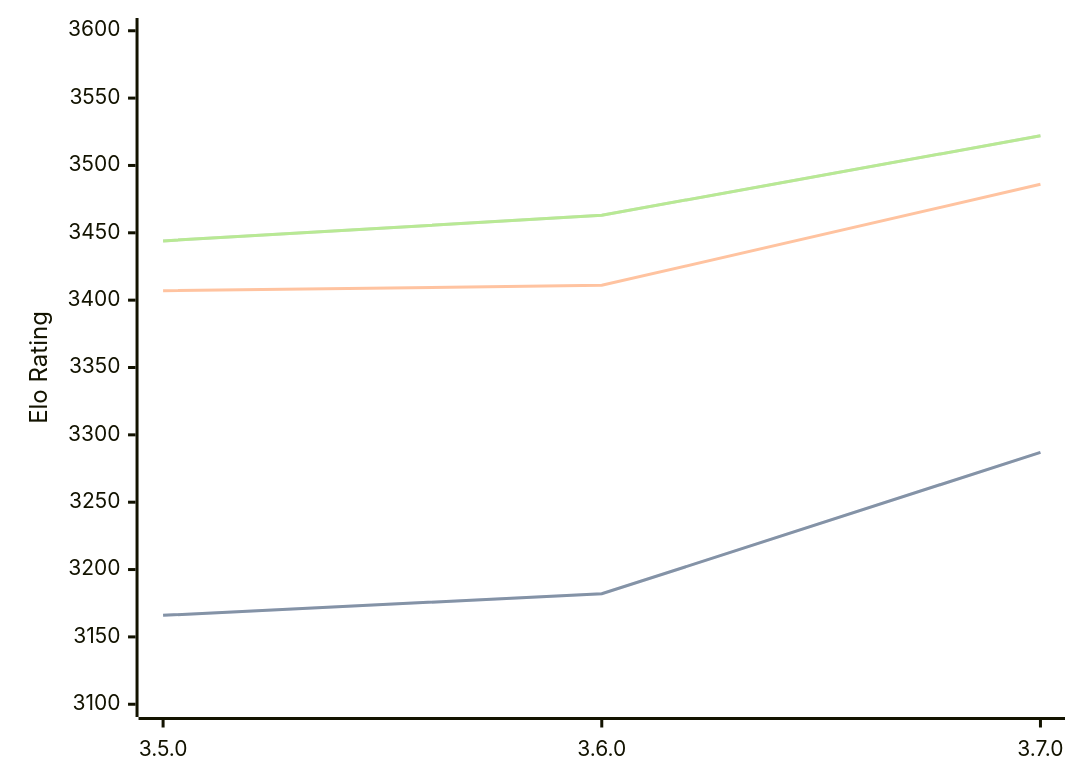
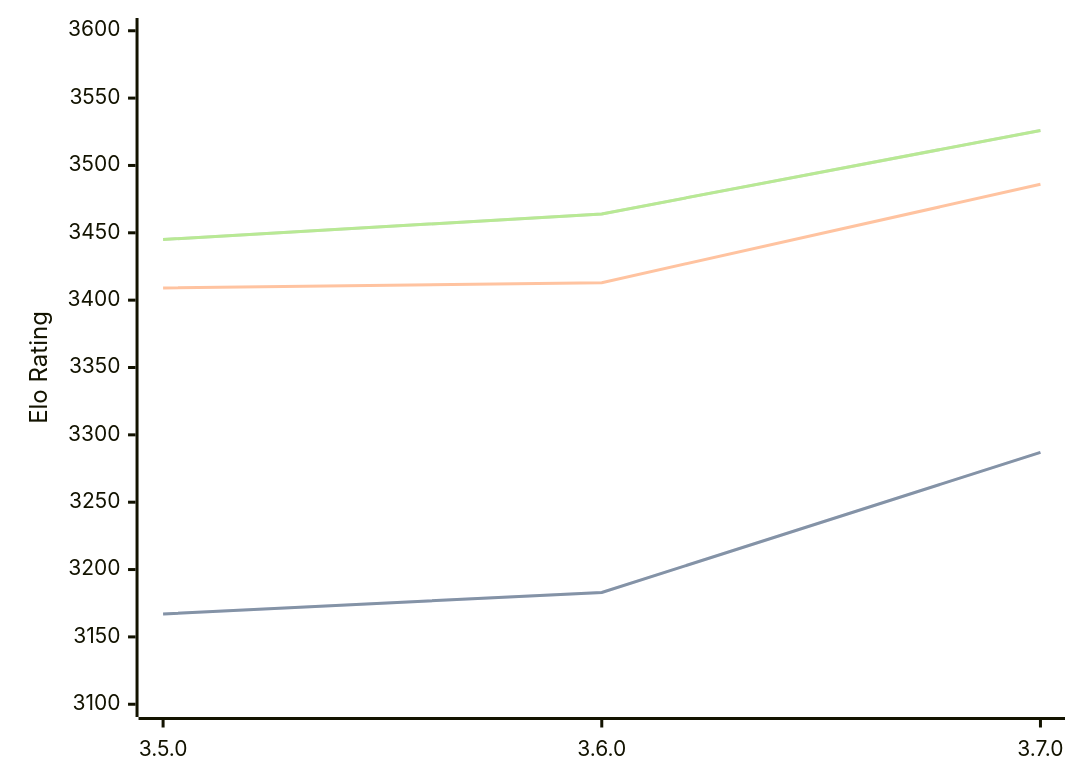
One commit to computer-chess-index/cci changed the diagram in engines/Igel.md. Above: the diagram before and after it, drawn with Mermaid. The commit also changed other lines of this file, not shown here.

Commit message:
Update CCI Ratings (ELO VLTC) - 2026-09-13

````diff
--- a/engines/Igel.md
+++ b/engines/Igel.md
@@ -33,11 +33,11 @@
 ```mermaid
 %%{init: {"theme":"base","themeVariables":{"seriesColors:['#a3a3a3','#222221','#faa371']}}}%%
 xychart-beta
   x-axis ["3.5.0", "3.6.0", "3.7.0"]
   y-axis "Elo Rating" 3100 --> 3600
-  line "" [3166, 3182, 3287]
-  line "STC (8.0+0.08s)" [3166, 3182, 3287]
-  line "LTC (60.0+0.60s)" [3407, 3411, 3486]
-  line "" [3444, 3463, 3522]
-  line "VLTC (2m24s+1.12s)" [3444, 3463, 3522]
+  line "" [3167, 3183, 3287]
+  line "STC (8.0+0.08s)" [3167, 3183, 3287]
+  line "LTC (60.0+0.60s)" [3409, 3413, 3486]
+  line "" [3445, 3464, 3526]
+  line "VLTC (2m24s+1.12s)" [3445, 3464, 3526]
 ```
````
